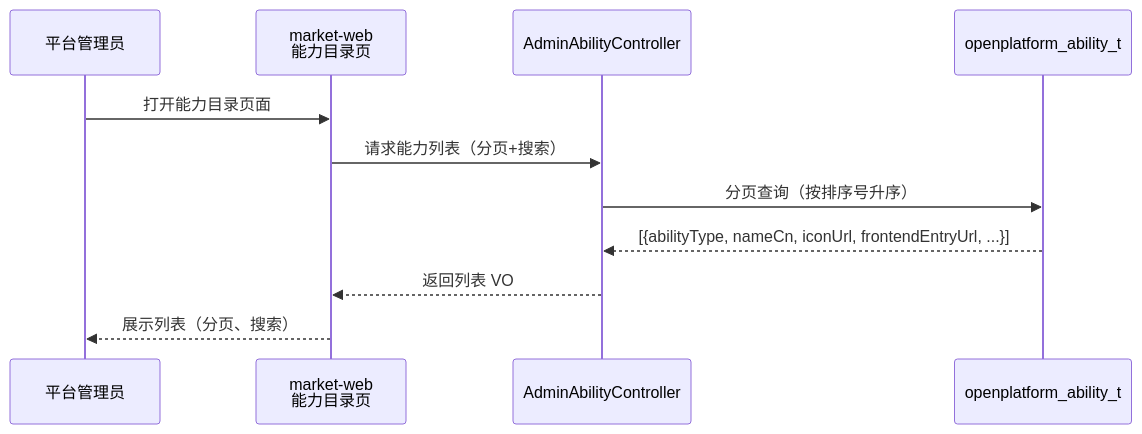
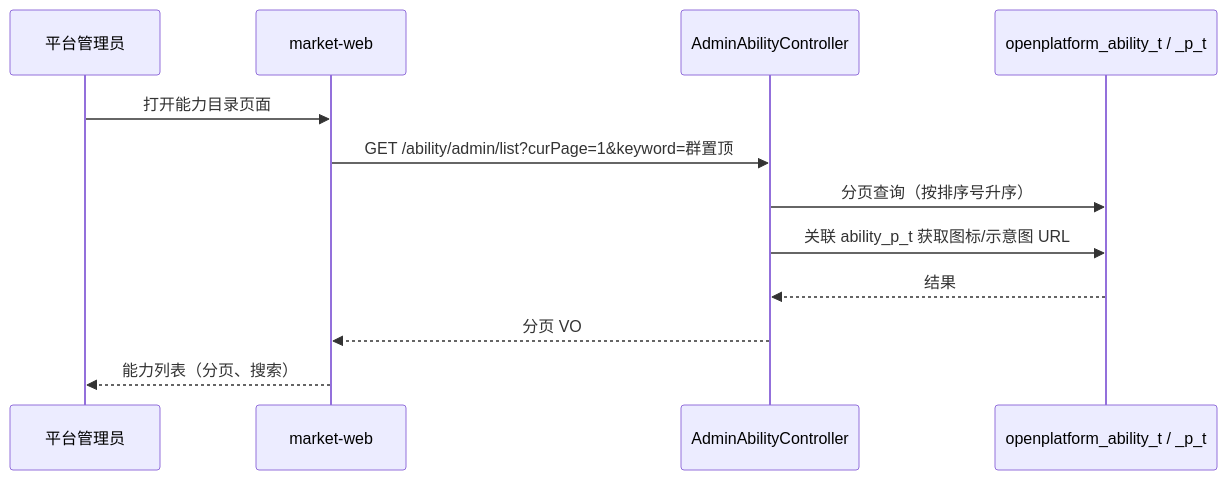
Before and after one commit to THZSummer/open-app: the second of 5 diagrams in .sddu/specs-tree-root/specs-tree-ability-embedding/specs-tree-embedding-platform/plan.md, drawn with Mermaid. The commit also changed other lines of this file, not shown here.

````diff
--- a/.sddu/specs-tree-root/specs-tree-ability-embedding/specs-tree-embedding-platform/plan.md
+++ b/.sddu/specs-tree-root/specs-tree-ability-embedding/specs-tree-embedding-platform/plan.md
@@ -123,14 +197,15 @@
 ```mermaid
 sequenceDiagram
     participant Admin as 平台管理员
-    participant Web as market-web<br/>能力目录页
+    participant Web as market-web
     participant AdminCtrl as AdminAbilityController
-    participant DB as openplatform_ability_t
+    participant DB as openplatform_ability_t / _p_t
 
     Admin->>Web: 打开能力目录页面
-    Web->>AdminCtrl: 请求能力列表（分页+搜索）
+    Web->>AdminCtrl: GET /ability/admin/list?curPage=1&keyword=群置顶
     AdminCtrl->>DB: 分页查询（按排序号升序）
-    DB-->>AdminCtrl: [{abilityType, nameCn, iconUrl, frontendEntryUrl, ...}]
-    AdminCtrl-->>Web: 返回列表 VO
-    Web-->>Admin: 展示列表（分页、搜索）
+    AdminCtrl->>DB: 关联 ability_p_t 获取图标/示意图 URL
+    DB-->>AdminCtrl: 结果
+    AdminCtrl-->>Web: 分页 VO
+    Web-->>Admin: 能力列表（分页、搜索）
 ```
````
